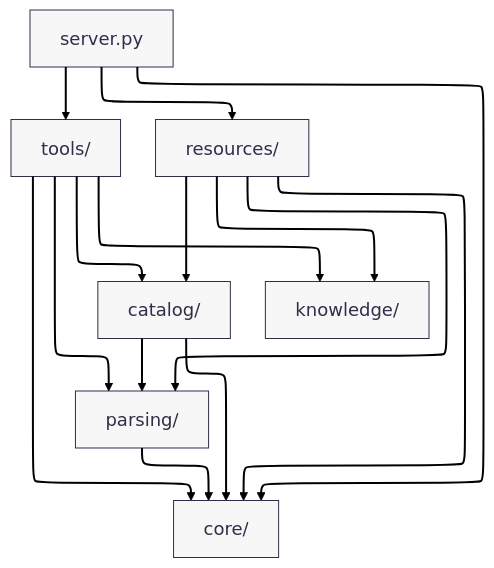
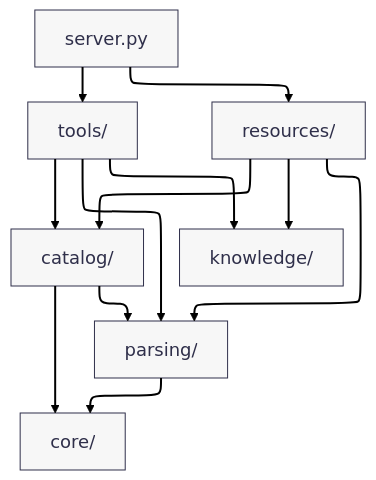
The second of 2 diagrams in README.md (KehengZhu/SWMF-MCP-Server), drawn with Mermaid before and after one commit. The commit also changed other lines of this file, not shown here.

````diff
--- a/README.md
+++ b/README.md
@@ -62,21 +62,21 @@
 ```mermaid
 ---
 config:
   layout: elk
   theme: base
   themeVariables:
     primaryColor: "#f7f7f7"
     primaryBorderColor: "#2f2f4a"
     primaryTextColor: "#2f2f4a"
     lineColor: "#000000"
     fontSize: "18px"
 ---
 flowchart TB
-    SERVER["server.py"] --> TOOLS["tools/"] & RESOURCES["resources/"] & CORE["core/"]
-    TOOLS --> CORE & CATALOG["catalog/"] & PARSING["parsing/"] & KNOWLEDGE["knowledge/"]
-    RESOURCES --> CORE & CATALOG & PARSING & KNOWLEDGE
-    CATALOG --> CORE & PARSING
+    SERVER["server.py"] --> TOOLS["tools/"] & RESOURCES["resources/"]
+    TOOLS --> CATALOG["catalog/"] & PARSING["parsing/"] & KNOWLEDGE["knowledge/"]
+    RESOURCES --> CATALOG & PARSING & KNOWLEDGE
+    CATALOG --> CORE["core/"] & PARSING
     PARSING --> CORE
 
     linkStyle default stroke:#000000,stroke-width:2px;
 ```
````
